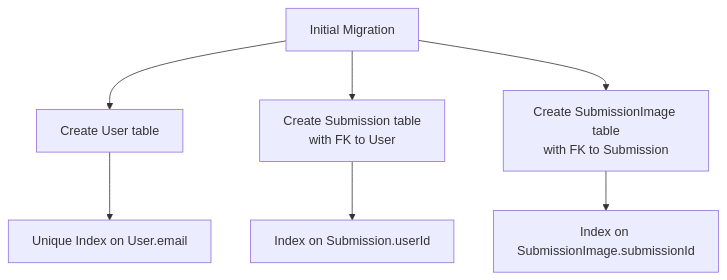
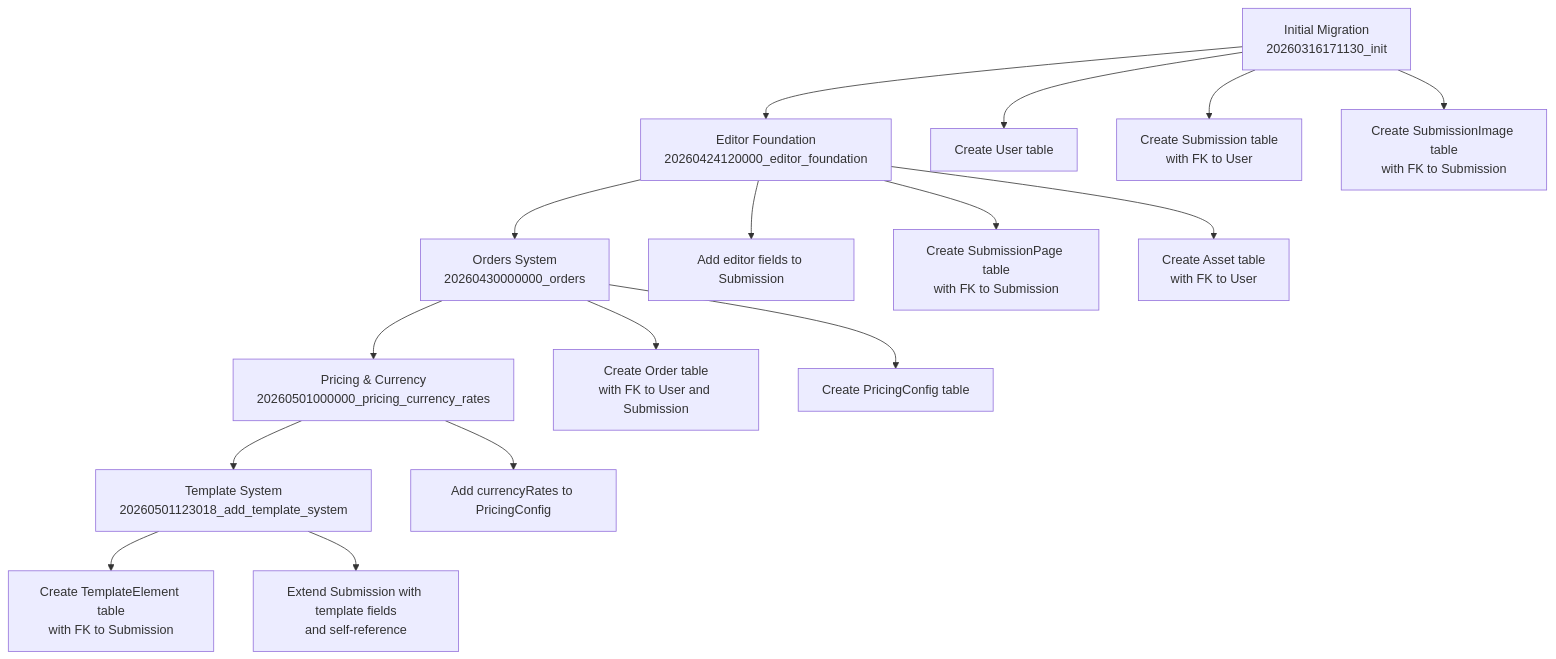
One commit to Crowdspender/titchybooks-app changed the seventh of 8 diagrams in .qoder/repowiki/en/content/Architecture Overview/Data Architecture.md. Above: the diagram before and after it, drawn with Mermaid. The commit also changed other lines of this file and 62 other files, not shown here.

````diff
--- a/.qoder/repowiki/en/content/Architecture Overview/Data Architecture.md
+++ b/.qoder/repowiki/en/content/Architecture Overview/Data Architecture.md
@@ -379,9 +671,18 @@
 ```mermaid
 flowchart TD
-Init["Initial Migration"] --> CreateUsers["Create User table"]
+Init["Initial Migration<br/>20260316171130_init"] --> Editor["Editor Foundation<br/>20260424120000_editor_foundation"]
+Editor --> Orders["Orders System<br/>20260430000000_orders"]
+Orders --> Pricing["Pricing & Currency<br/>20260501000000_pricing_currency_rates"]
+Pricing --> Templates["Template System<br/>20260501123018_add_template_system"]
+Init --> CreateUsers["Create User table"]
 Init --> CreateSubmissions["Create Submission table<br/>with FK to User"]
 Init --> CreateSubmissionImages["Create SubmissionImage table<br/>with FK to Submission"]
-CreateUsers --> UniqueEmail["Unique Index on User.email"]
-CreateSubmissions --> IdxUserId["Index on Submission.userId"]
-CreateSubmissionImages --> IdxSubmissionId["Index on SubmissionImage.submissionId"]
+Editor --> AddEditorFields["Add editor fields to Submission"]
+Editor --> CreateSubmissionPages["Create SubmissionPage table<br/>with FK to Submission"]
+Editor --> CreateAssets["Create Asset table<br/>with FK to User"]
+Orders --> CreateOrders["Create Order table<br/>with FK to User and Submission"]
+Orders --> CreatePricingConfig["Create PricingConfig table"]
+Pricing --> AddCurrencyRates["Add currencyRates to PricingConfig"]
+Templates --> CreateTemplateElements["Create TemplateElement table<br/>with FK to Submission"]
+Templates --> ExtendSubmission["Extend Submission with template fields<br/>and self-reference"]
 ```
````
